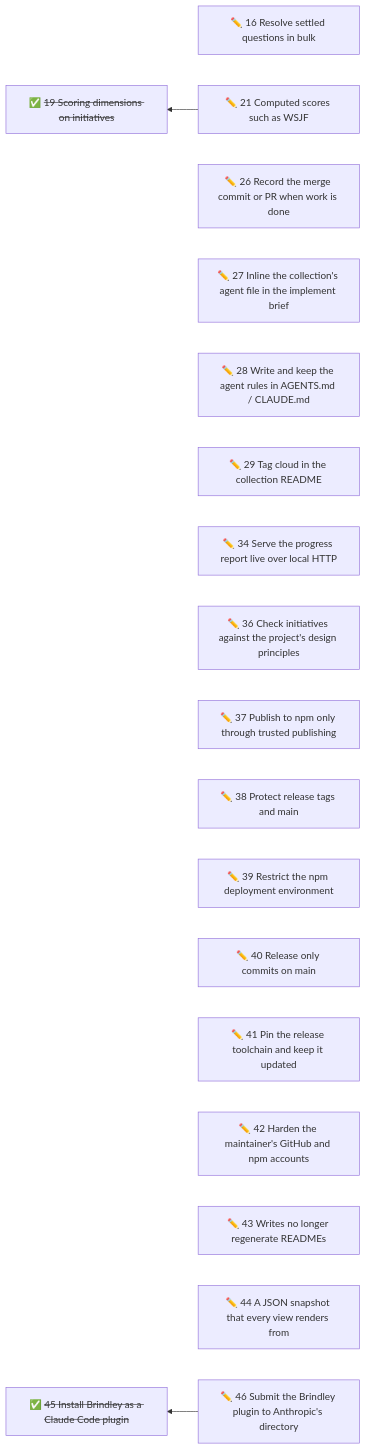
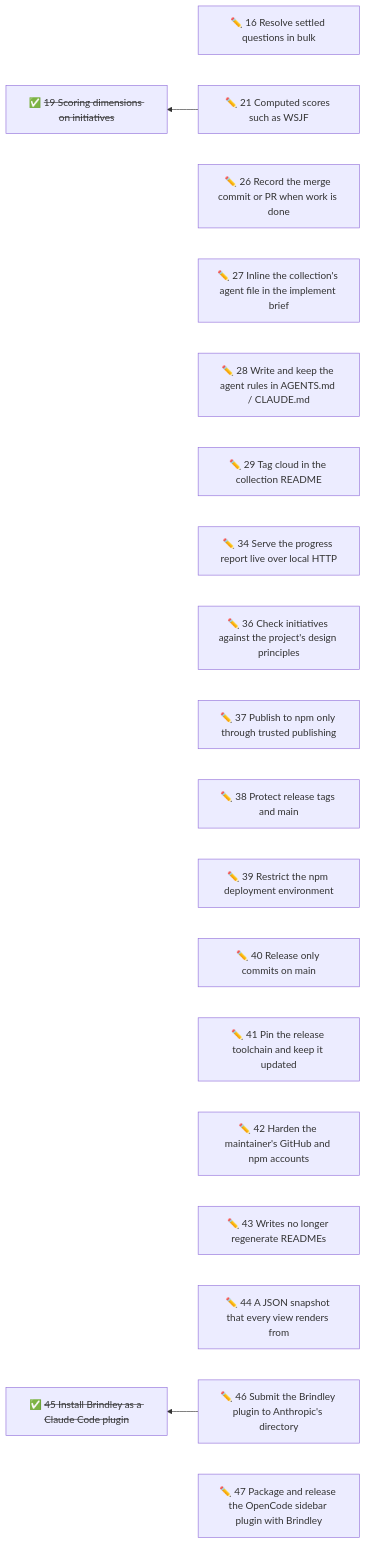
Before and after one commit to duckAsteroid/brindley: the diagram in initiatives/README.md, drawn with Mermaid. The commit also changed other lines of this file and 1 other file, not shown here.

Commit message:
docs(initiatives): propose packaging the OpenCode sidebar plugin

````diff
--- a/initiatives/README.md
+++ b/initiatives/README.md
@@ -47,43 +48,45 @@
 ```mermaid
 flowchart RL
   n16["✏️ 16 Resolve settled questions in bulk"]
   n21["✏️ 21 Computed scores such as WSJF"]
   n26["✏️ 26 Record the merge commit or PR when work is done"]
   n27["✏️ 27 Inline the collection's agent file in the implement brief"]
   n28["✏️ 28 Write and keep the agent rules in AGENTS.md / CLAUDE.md"]
   n29["✏️ 29 Tag cloud in the collection README"]
   n34["✏️ 34 Serve the progress report live over local HTTP"]
   n36["✏️ 36 Check initiatives against the project's design principles"]
   n37["✏️ 37 Publish to npm only through trusted publishing"]
   n38["✏️ 38 Protect release tags and main"]
   n39["✏️ 39 Restrict the npm deployment environment"]
   n40["✏️ 40 Release only commits on main"]
   n41["✏️ 41 Pin the release toolchain and keep it updated"]
   n42["✏️ 42 Harden the maintainer's GitHub and npm accounts"]
   n43["✏️ 43 Writes no longer regenerate READMEs"]
   n44["✏️ 44 A JSON snapshot that every view renders from"]
   n46["✏️ 46 Submit the Brindley plugin to Anthropic's directory"]
+  n47["✏️ 47 Package and release the OpenCode sidebar plugin with Brindley"]
   n19["✅ <s>19 Scoring dimensions on initiatives</s>"]
   n45["✅ <s>45 Install Brindley as a Claude Code plugin</s>"]
   n21 --> n19
   n46 --> n45
   click n16 href "16-resolve-settled-questions-in-bulk.md"
   click n21 href "21-computed-scores-such-as-wsjf.md"
   click n26 href "26-record-the-merge-commit-or-pr-when-work-is-done.md"
   click n27 href "27-inline-the-collection-s-agent-file-in-the-implement-brief.md"
   click n28 href "28-write-and-keep-the-agent-rules-in-agents-md-claude-md.md"
   click n29 href "29-tag-cloud-in-the-collection-readme.md"
   click n34 href "34-serve-the-progress-report-live-over-local-http.md"
   click n36 href "36-check-initiatives-against-the-project-s-design-principles.md"
   click n37 href "37-publish-to-npm-only-through-trusted-publishing.md"
   click n38 href "38-protect-release-tags-and-main.md"
   click n39 href "39-restrict-the-npm-deployment-environment.md"
   click n40 href "40-release-only-commits-on-main.md"
   click n41 href "41-pin-the-release-toolchain-and-keep-it-updated.md"
   click n42 href "42-harden-the-maintainer-s-github-and-npm-accounts.md"
   click n43 href "43-writes-no-longer-regenerate-readmes.md"
   click n44 href "44-a-json-snapshot-that-every-view-renders-from.md"
   click n46 href "46-submit-the-brindley-plugin-to-anthropic-s-directory.md"
+  click n47 href "47-package-and-release-the-opencode-sidebar-plugin-with-brindle.md"
   click n19 href "done/19-rank-initiatives-by-scoring-dimensions.md"
   click n45 href "done/45-install-brindley-as-a-claude-code-plugin.md"
 ```
````
